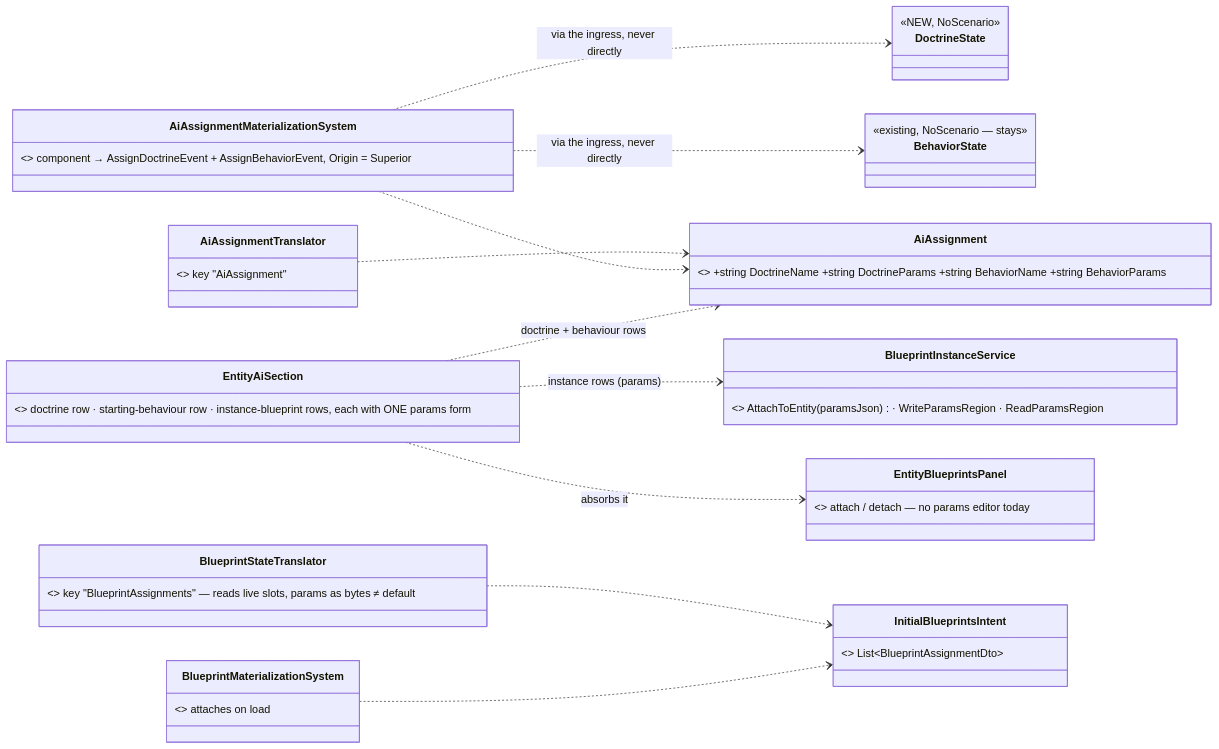
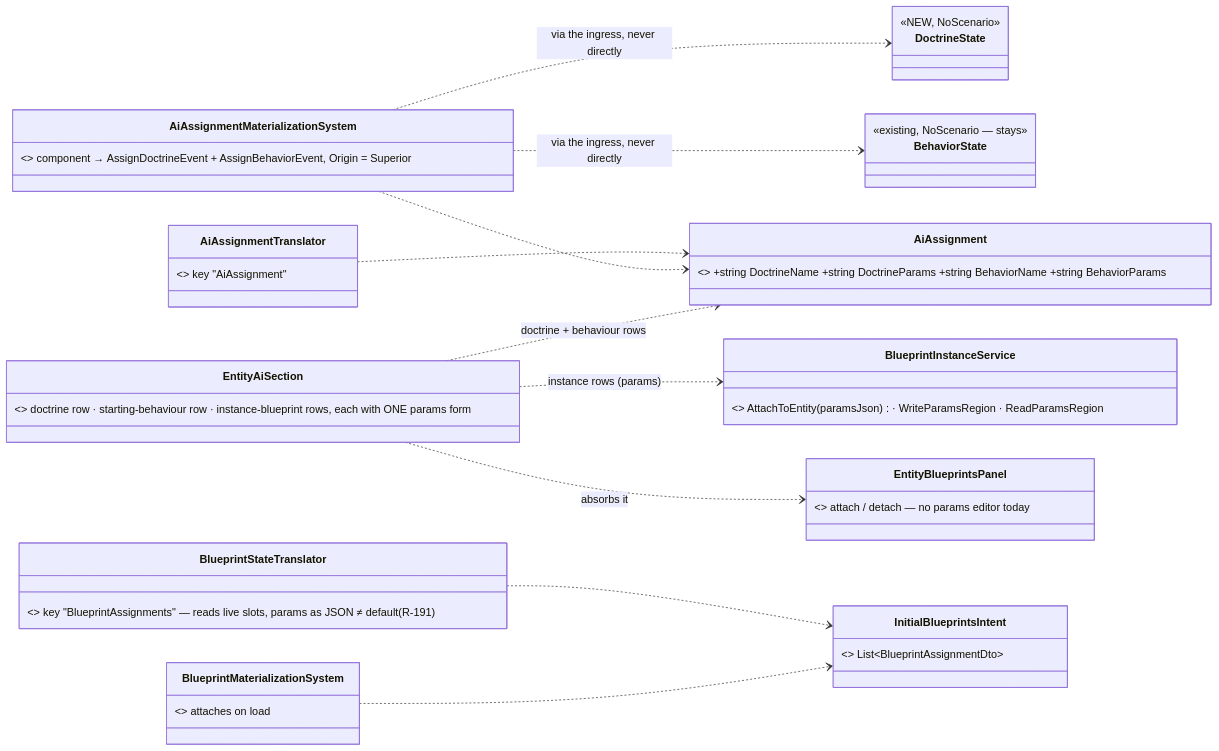
Before and after one commit to pjanec/HROT: the ninth of 10 diagrams in docs/DESIGN_Sensors_And_Doctrine.md, drawn with Mermaid. The commit also changed other lines of this file and 3 other files, not shown here.

First line of the commit message:
R-191: scenario params are JSON, never bytes - supersedes Param Persistence 3 (bytes); emitted FormatParams inverse; tracker CE-3044

````diff
--- a/docs/DESIGN_Sensors_And_Doctrine.md
+++ b/docs/DESIGN_Sensors_And_Doctrine.md
@@ -402,24 +402,24 @@
 ```mermaid
 classDiagram
   direction LR
   class AiAssignment { <<NEW component, SAVED to the scenario>> +string DoctrineName +string DoctrineParams +string BehaviorName +string BehaviorParams }
   class AiAssignmentTranslator { <<NEW scenario translator>> key "AiAssignment" }
   class AiAssignmentMaterializationSystem { <<NEW, Brain authority node, Input>> component → AssignDoctrineEvent + AssignBehaviorEvent, Origin = Superior }
   class BehaviorState { <<existing, NoScenario — stays>> }
   class DoctrineState { <<NEW, NoScenario>> }
-  class BlueprintStateTranslator { <<existing, BUILT>> key "BlueprintAssignments" — reads live slots, params as bytes ≠ default }
+  class BlueprintStateTranslator { <<existing, CHANGES>> key "BlueprintAssignments" — reads live slots, params as JSON ≠ default (R-191) }
   class InitialBlueprintsIntent { <<existing, Transient>> List~BlueprintAssignmentDto~ }
   class BlueprintMaterializationSystem { <<existing>> attaches on load }
   class EntityAiSection { <<NEW editor Details section — UI lane>> doctrine row · starting-behaviour row · instance-blueprint rows, each with ONE params form }
   class EntityBlueprintsPanel { <<existing>> attach / detach — no params editor today }
   class BlueprintInstanceService { <<existing>> AttachToEntity(paramsJson) · WriteParamsRegion · ReadParamsRegion }
   AiAssignmentTranslator ..> AiAssignment
   AiAssignmentMaterializationSystem ..> AiAssignment
   AiAssignmentMaterializationSystem ..> BehaviorState : via the ingress, never directly
   AiAssignmentMaterializationSystem ..> DoctrineState : via the ingress, never directly
   BlueprintStateTranslator ..> InitialBlueprintsIntent
   BlueprintMaterializationSystem ..> InitialBlueprintsIntent
   EntityAiSection ..> AiAssignment : doctrine + behaviour rows
   EntityAiSection ..> EntityBlueprintsPanel : absorbs it
   EntityAiSection ..> BlueprintInstanceService : instance rows (params)
 ```
````
